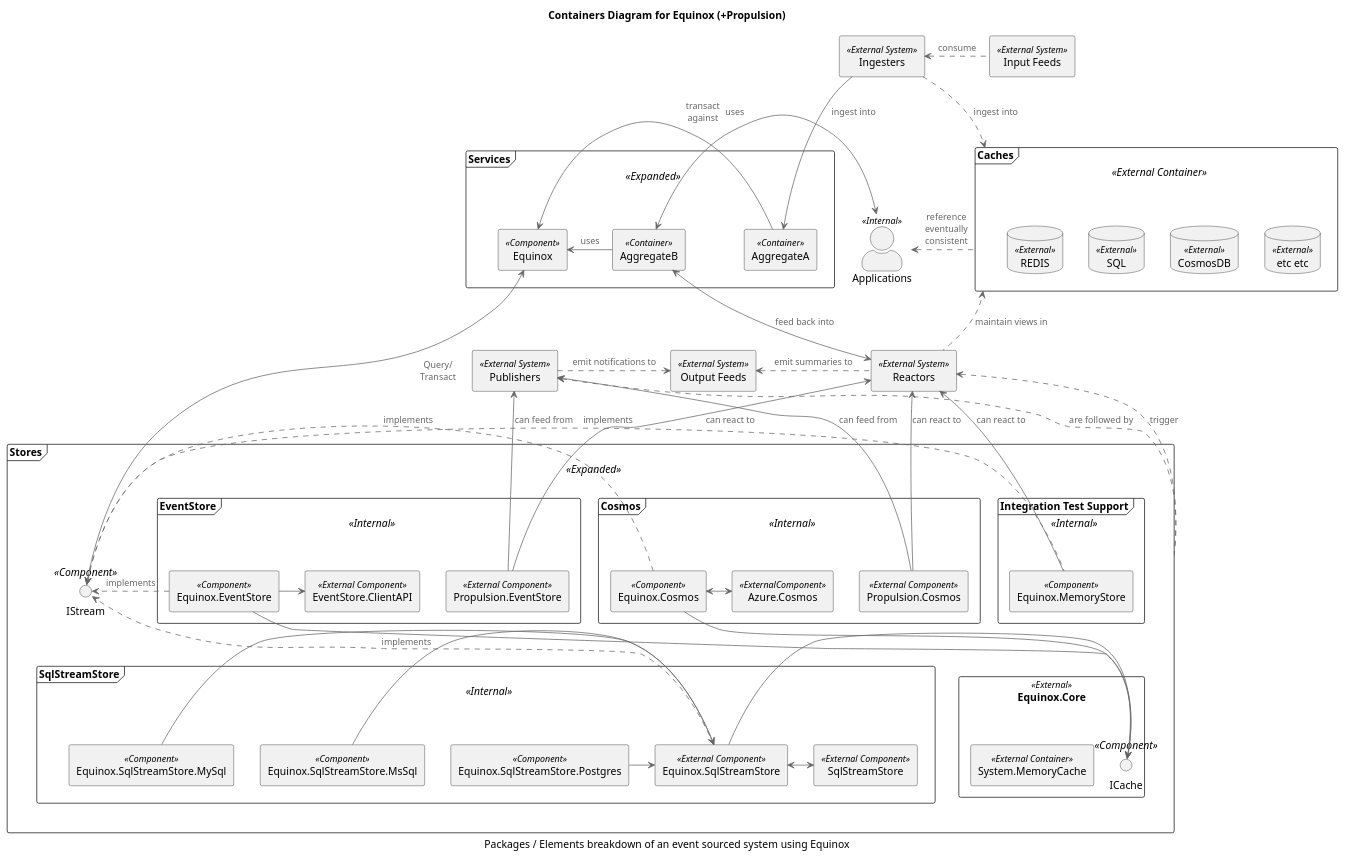
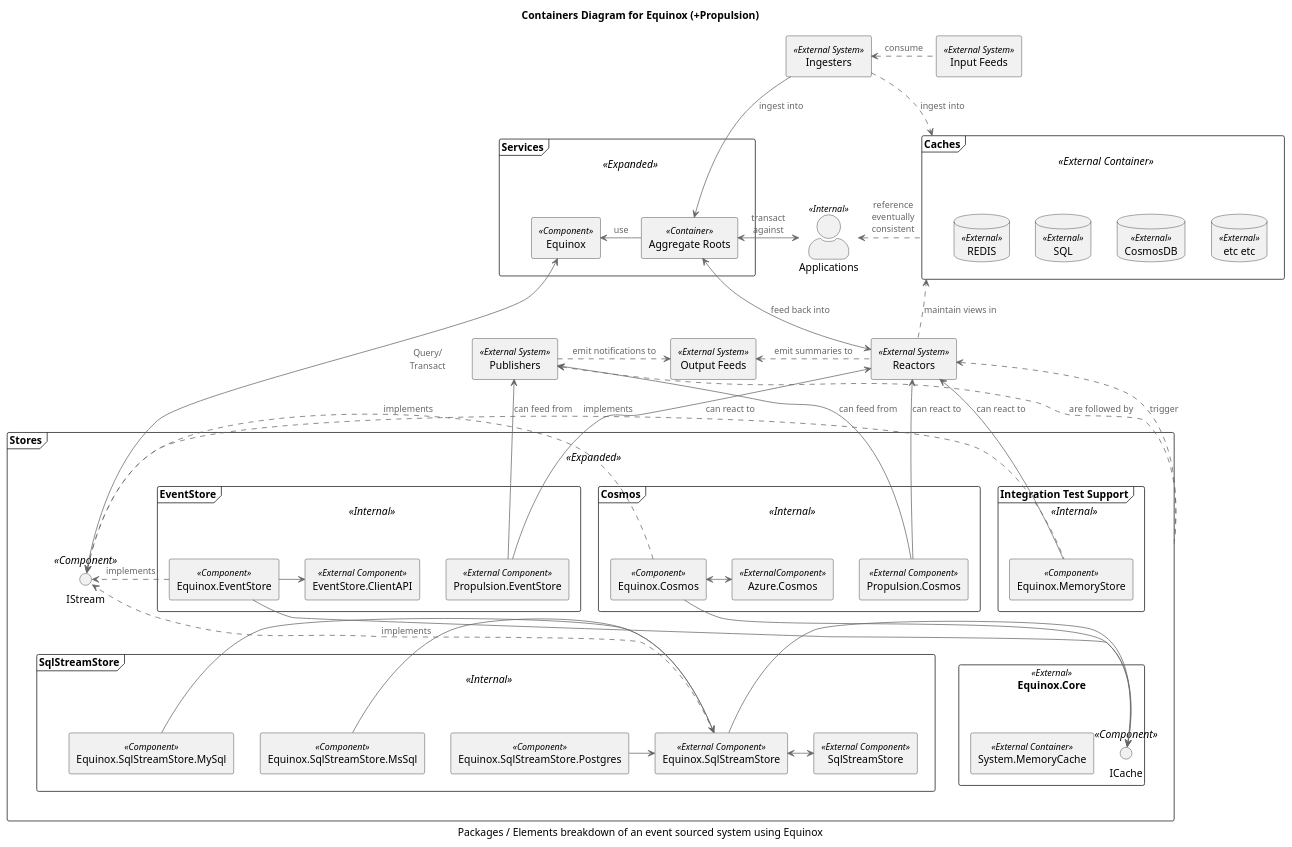
The diagram in diagrams/container.puml (jet/equinox), drawn with PlantUML before and after one commit. The commit also changed 1 other file, not shown here.

```diff
--- a/diagrams/container.puml
+++ b/diagrams/container.puml
@@ -1,104 +1,102 @@
 @startuml
 !includeurl https://raw.githubusercontent.com/skleanthous/C4-PlantumlSkin/master/build/output/c4.puml
 
 title Containers Diagram for Equinox (+Propulsion)
 caption Packages / Elements breakdown of an event sourced system using Equinox
 
 together {
     frame "Caches" <<External Container>> as caches {
         database "REDIS"    as red <<External>>
         database "SQL"      as sql <<External>>
         database "CosmosDB" as cdb <<External>>
         database "etc etc"  as etc <<External>>
     }
     frame "Services" <<Expanded>> as services {
         rectangle "Equinox" <<Component>> as equinox
-        rectangle "AggregateA" <<Container>>
-        rectangle "AggregateB" <<Container>>
+        rectangle "Aggregate Roots" as Aggregates <<Container>>
     }
     actor "Applications" as apps <<Internal>>
 }
 
 rectangle "Ingesters" as ingesters <<External System>> 
 rectangle "Input Feeds" as sources <<External System>> 
 rectangle "Publishers" as projectors <<External System>> 
 rectangle "Output Feeds" as sinks <<External System>> 
 rectangle "Reactors" as reactors <<External System>> 
 
 frame "Stores" as stores <<Expanded>> {
     frame "Cosmos" as cosmos <<Internal>> {
         rectangle "Equinox.Cosmos" <<Component>> as cs
         rectangle "Propulsion.Cosmos" <<External Component>> as cfp
         rectangle "Azure.Cosmos" <<ExternalComponent>> as cc
     }
     frame "EventStore" <<Internal>> {
         rectangle "Equinox.EventStore" <<Component>> as es
         rectangle "Propulsion.EventStore" <<External Component>> as all
         rectangle "EventStore.ClientAPI" <<External Component>> as esc
     }
     frame "Integration Test Support" <<Internal>> {
         rectangle "Equinox.MemoryStore" <<Component>> as ms 
     }
     interface IStream <<Component>>
     rectangle "Equinox.Core" as core <<External>> {
         rectangle "System.MemoryCache" <<External Container>>
         interface ICache <<Component>>
     }
     frame "SqlStreamStore" as ssss <<Internal>> {
         rectangle "Equinox.SqlStreamStore.MsSql" <<Component>> as ssm
         rectangle "Equinox.SqlStreamStore.MySql" <<Component>> as ssy
         rectangle "Equinox.SqlStreamStore.Postgres" <<Component>> as ssp
         rectangle "Equinox.SqlStreamStore" <<External Component>> as sss
         rectangle "SqlStreamStore" <<External Component>>
     }
 }
 
-AggregateB -R-> equinox    : uses
+Aggregates   -> equinox    : use
 equinox     <-> IStream    : Query/\nTransact
-AggregateA -L-> equinox    : uses
 
 ingesters  <.R. sources    : consume
-ingesters    -> AggregateA : ingest into
+ingesters    -> Aggregates : ingest into
 ingesters  .D.> caches     : ingest into
 
 apps       <.   caches     : reference\neventually\nconsistent
-apps        <-> AggregateB : transact\nagainst
+apps        <-> Aggregates : transact\nagainst
 
 stores     .U.> projectors : are followed by
 stores     .U.> reactors   : trigger
 
 projectors   .> sinks      : emit notifications to
 projectors <--  cfp        : can feed from
 projectors <--  all        : can feed from
 
-reactors  <-U-> AggregateB : feed back into
+reactors  <-U-> Aggregates : feed back into
 reactors   .L.> sinks      : emit summaries to
 reactors   .U.> caches     : maintain views in
 reactors   <-   ms         : can react to
 reactors   <-   cfp        : can react to
 reactors   <-   all        : can react to
 
 ms         .L.> IStream    : implements
 es           -> ICache
 es           .> IStream    : implements
 es           -> esc
 cs          --> ICache
 cs           .> IStream    : implements
 cs          <-> cc
 sss          -> ICache
 sss          .> IStream    : implements
 
 ssm          -> sss
 ssy          -> sss
 ssp          -> sss
 sss         <-> SqlStreamStore
 
 ingesters  -[hidden]D-> apps
 projectors -[hidden]D-> es
 projectors -[hidden]U-> services
 IStream    -[hidden]D-> ssss
 red        -[hidden]R-> sql
 sql        -[hidden]R-> cdb
 cdb        -[hidden]R-> etc
 
 @enduml
```
